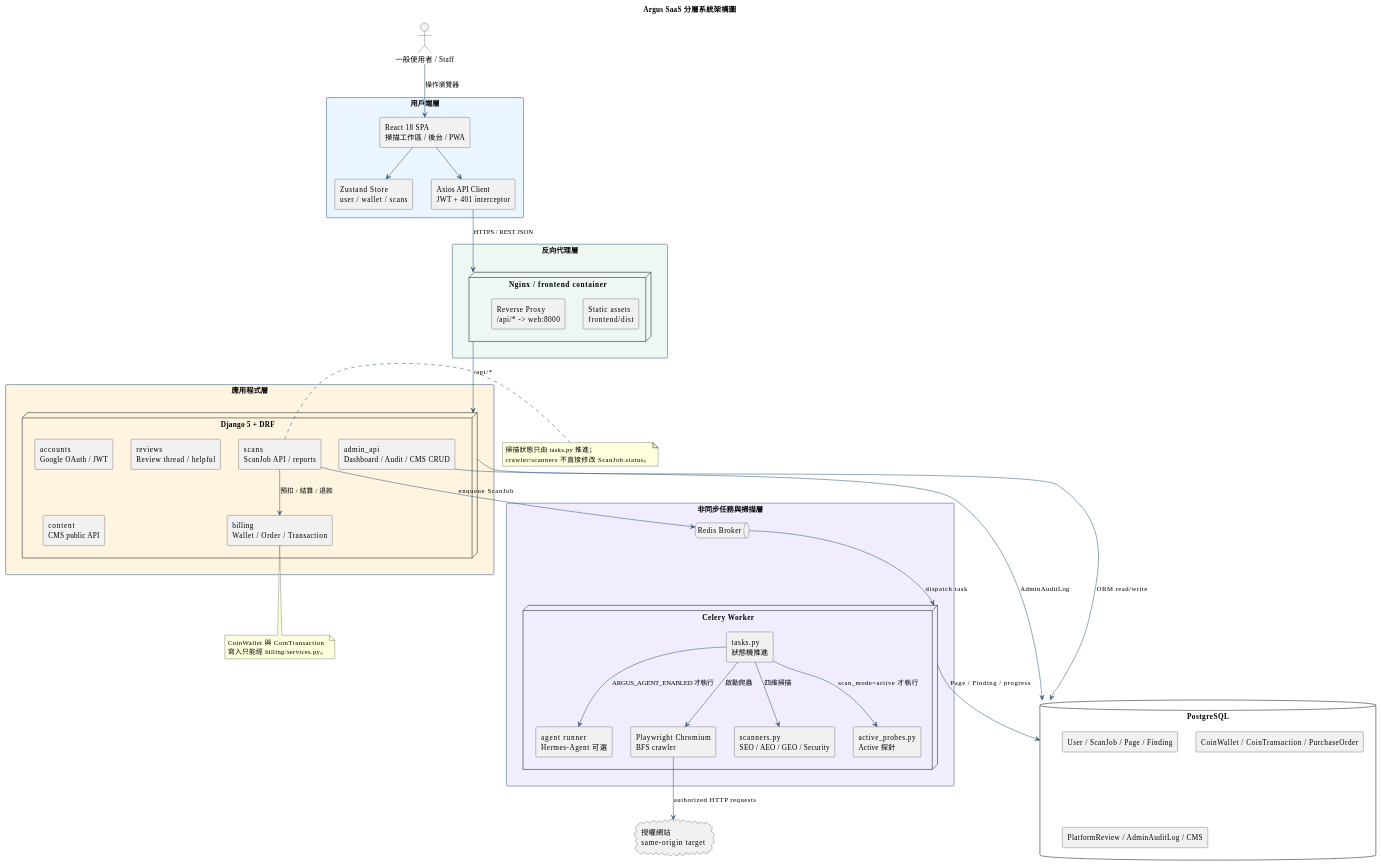
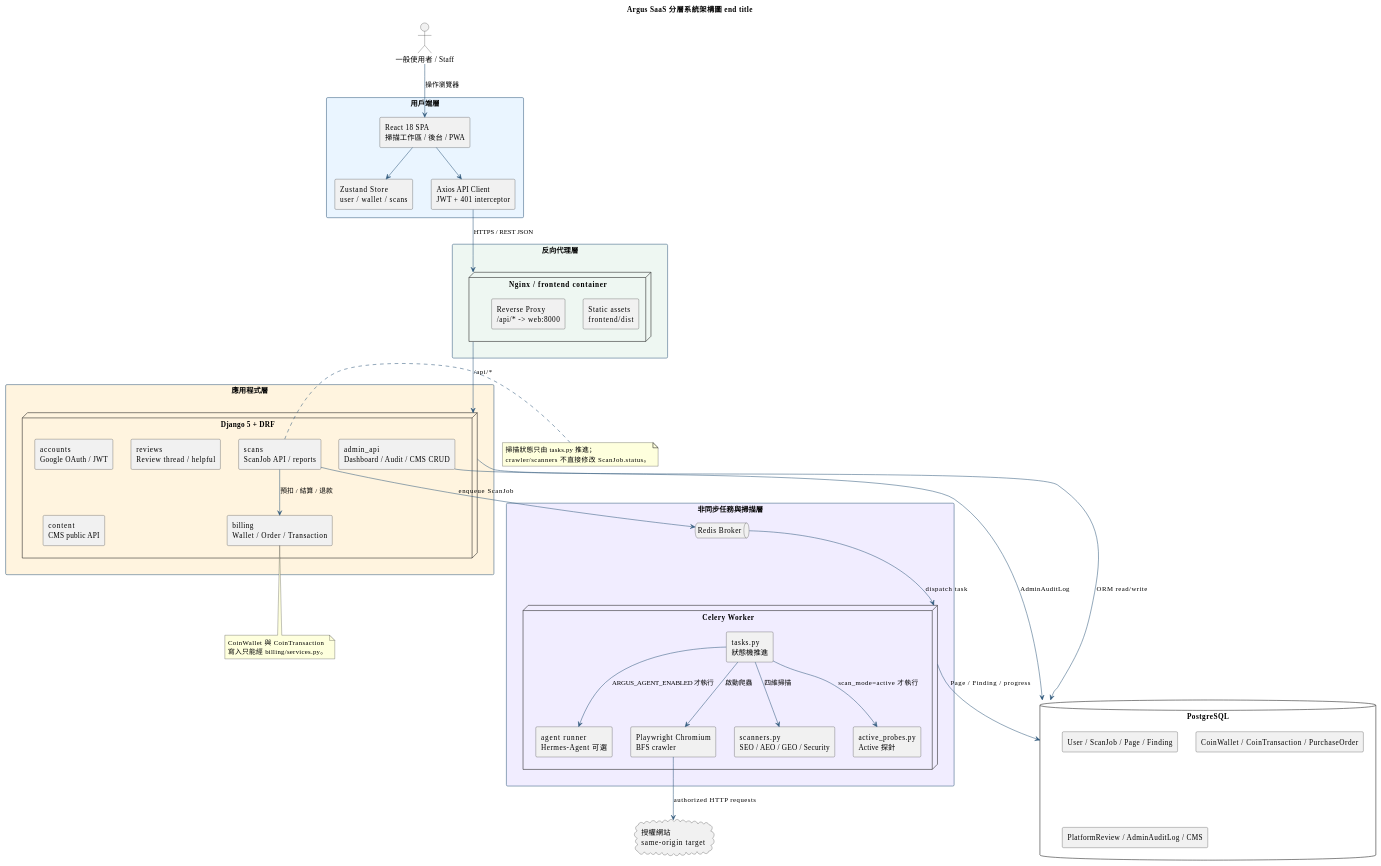
The first of 13 diagrams in PlantUML.md (Djude1/Argus), drawn with PlantUML before and after one commit. The commit also changed other lines of this file, not shown here.

````diff
--- a/PlantUML.md
+++ b/PlantUML.md
@@ -7,6 +7,6 @@
 ```plantuml
 @startuml
-title Argus SaaS 分層系統架構圖
+title Argus SaaS 分層系統架構圖 end title
 skinparam shadowing false
 skinparam componentStyle rectangle
 skinparam defaultFontName Microsoft JhengHei
````
